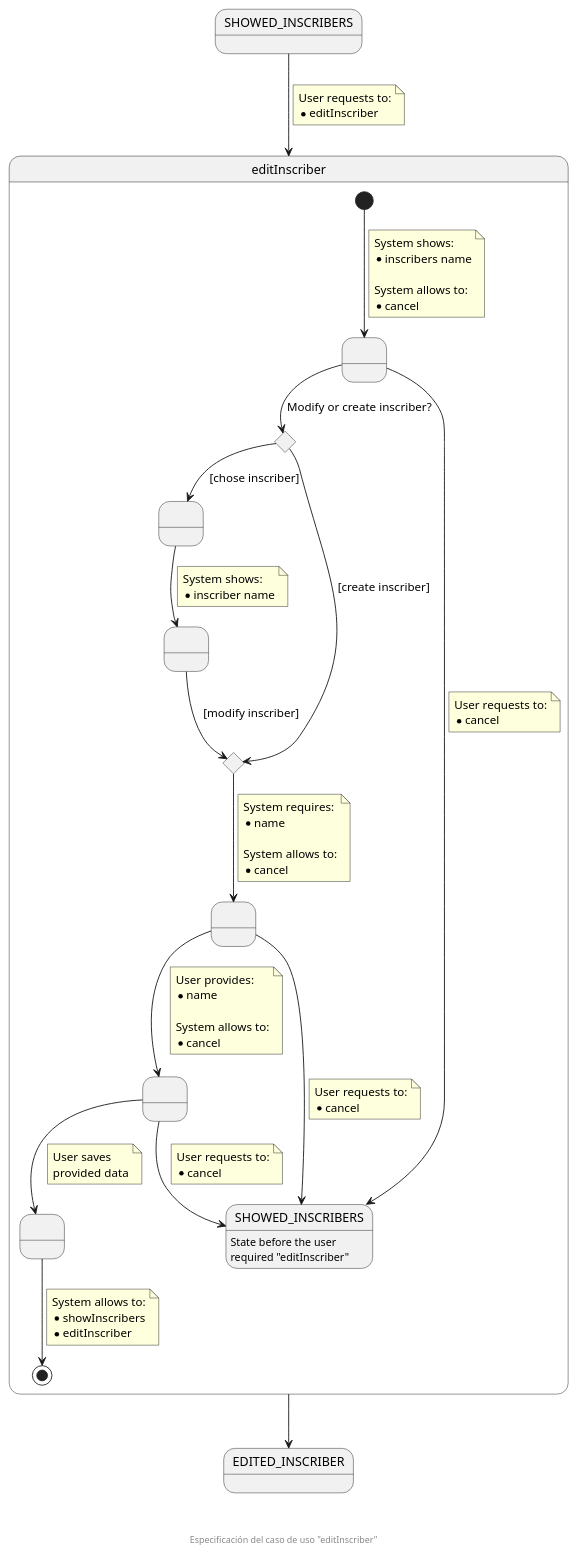
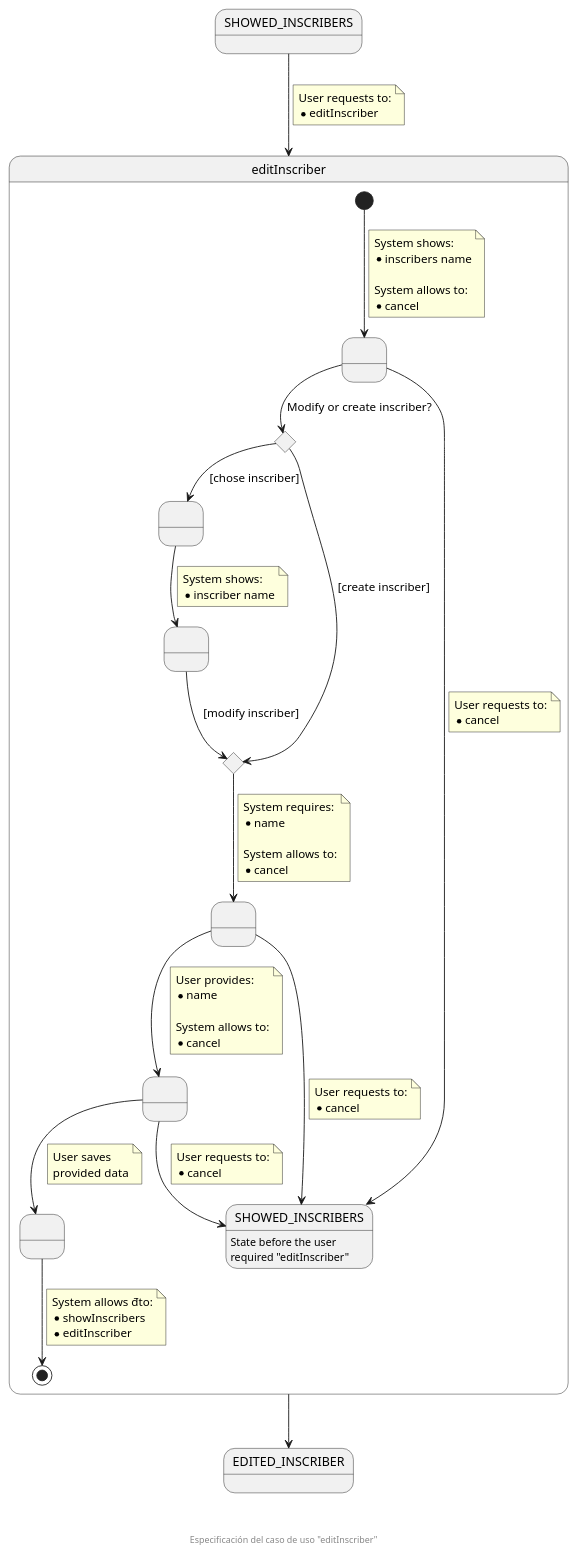
One commit to zuldare/mastercloud_pfm_halterocms changed the diagram in documentation/diagrams/1_requirements/3_useCasesSpecification/organizationSecretary/12_editInscriber.puml. Above: the diagram before and after it, drawn with PlantUML. The commit also changed 6 other files, not shown here.

```diff
--- a/documentation/diagrams/1_requirements/3_useCasesSpecification/organizationSecretary/12_editInscriber.puml
+++ b/documentation/diagrams/1_requirements/3_useCasesSpecification/organizationSecretary/12_editInscriber.puml
@@ -1,91 +1,91 @@
 @startuml
 state SHOWED_INSCRIBERS
 state editInscriber {
   state " " as SHOWED_INSCRIBERS_TO_BE_EDITED
   state createOrModifyCHC <<choice>>
   state " " as providedInscriber
   state " " as showedData
   state createOrModifyCHC2 <<choice>>
   state " " as pendingData
   state " " as providedData
   state " " as savedData
   [*] --> SHOWED_INSCRIBERS_TO_BE_EDITED
   note on link
     System shows:
     * inscribers name
 
     System allows to:
     * cancel
   end note
 
   SHOWED_INSCRIBERS_TO_BE_EDITED --> createOrModifyCHC : Modify or create inscriber?
 
   SHOWED_INSCRIBERS_TO_BE_EDITED --> SHOWED_INSCRIBERS_F
   note on link
     User requests to:
     * cancel
   end note
 
   createOrModifyCHC --> providedInscriber : [chose inscriber]
   createOrModifyCHC --> createOrModifyCHC2 : [create inscriber]
   providedInscriber --> showedData
   note on link
     System shows:
     * inscriber name
   end note
   showedData --> createOrModifyCHC2 : [modify inscriber]
   createOrModifyCHC2 --> pendingData
   note on link
     System requires:
     * name
 
     System allows to:
     * cancel
   end note
   pendingData --> SHOWED_INSCRIBERS_F
   note on link
     User requests to:
     * cancel
   end note
 
   pendingData --> providedData
   note on link
     User provides:
     * name
 
     System allows to:
     * cancel
   end note
 
   providedData --> savedData
   note on link
     User saves 
     provided data
   end note
 
   providedData --> SHOWED_INSCRIBERS_F
   note on link
     User requests to:
     * cancel
   end note
 
   savedData --> [*]
   note on link
-    System allows to:
+    System allows đto:
     * showInscribers
     * editInscriber
   end note
 }
 state EDITED_INSCRIBER
 state "SHOWED_INSCRIBERS" as SHOWED_INSCRIBERS_F : State before the user\nrequired "editInscriber"
 
 SHOWED_INSCRIBERS --> editInscriber
 note on link
   User requests to:
   * editInscriber
 end note
 
 editInscriber --> EDITED_INSCRIBER
 
 footer \n\n\n Especificación del caso de uso "editInscriber"
 @enduml
```
